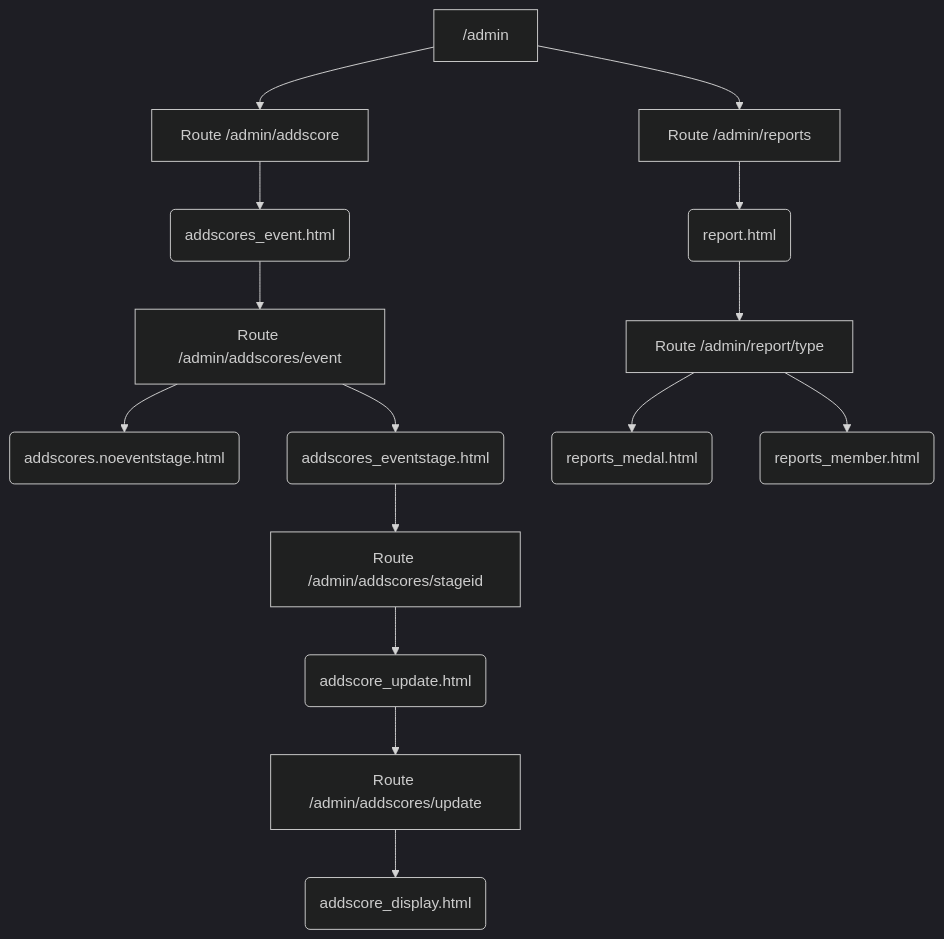
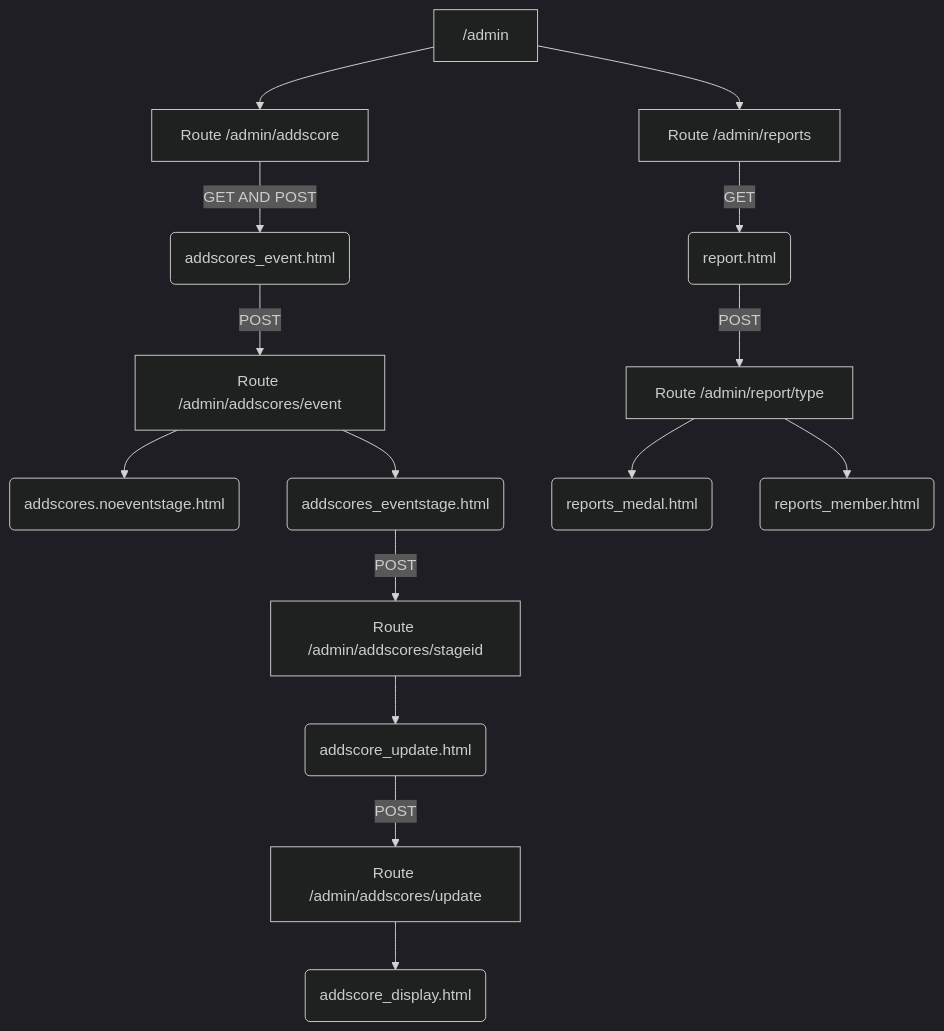
The third of 3 diagrams in README.md (dorachenxiW/636_FinalProject), drawn with Mermaid (dark theme) before and after one commit. The commit also changed other lines of this file, not shown here.

````diff
--- a/README.md
+++ b/README.md
@@ -47,9 +45,9 @@
 ```mermaid
 graph TD;
 
-/admin-->B[Route /admin/addscore]-->C(addscores_event.html)-->D[Route /admin/addscores/event]-->E(addscores.noeventstage.html)
-D[Route /admin/addscores/event]-->F(addscores_eventstage.html)-->G[Route /admin/addscores/stageid]-->H(addscore_update.html)-->I[Route /admin/addscores/update]-->J(addscore_display.html)   
+/admin-->B[Route /admin/addscore]-->|GET AND POST|C(addscores_event.html)-->|POST|D[Route /admin/addscores/event]-->E(addscores.noeventstage.html)
+D[Route /admin/addscores/event]-->F(addscores_eventstage.html)-->|POST|G[Route /admin/addscores/stageid]-->H(addscore_update.html)-->|POST|I[Route /admin/addscores/update]-->J(addscore_display.html)   
    
-/admin-->k[Route /admin/reports]-->L(report.html)-->M[Route /admin/report/type]-->N(reports_medal.html)   
+/admin-->k[Route /admin/reports]-->|GET|L(report.html)-->|POST|M[Route /admin/report/type]-->N(reports_medal.html)   
 M[Route /admin/report/type]-->O(reports_member.html)  
 ```   
````
